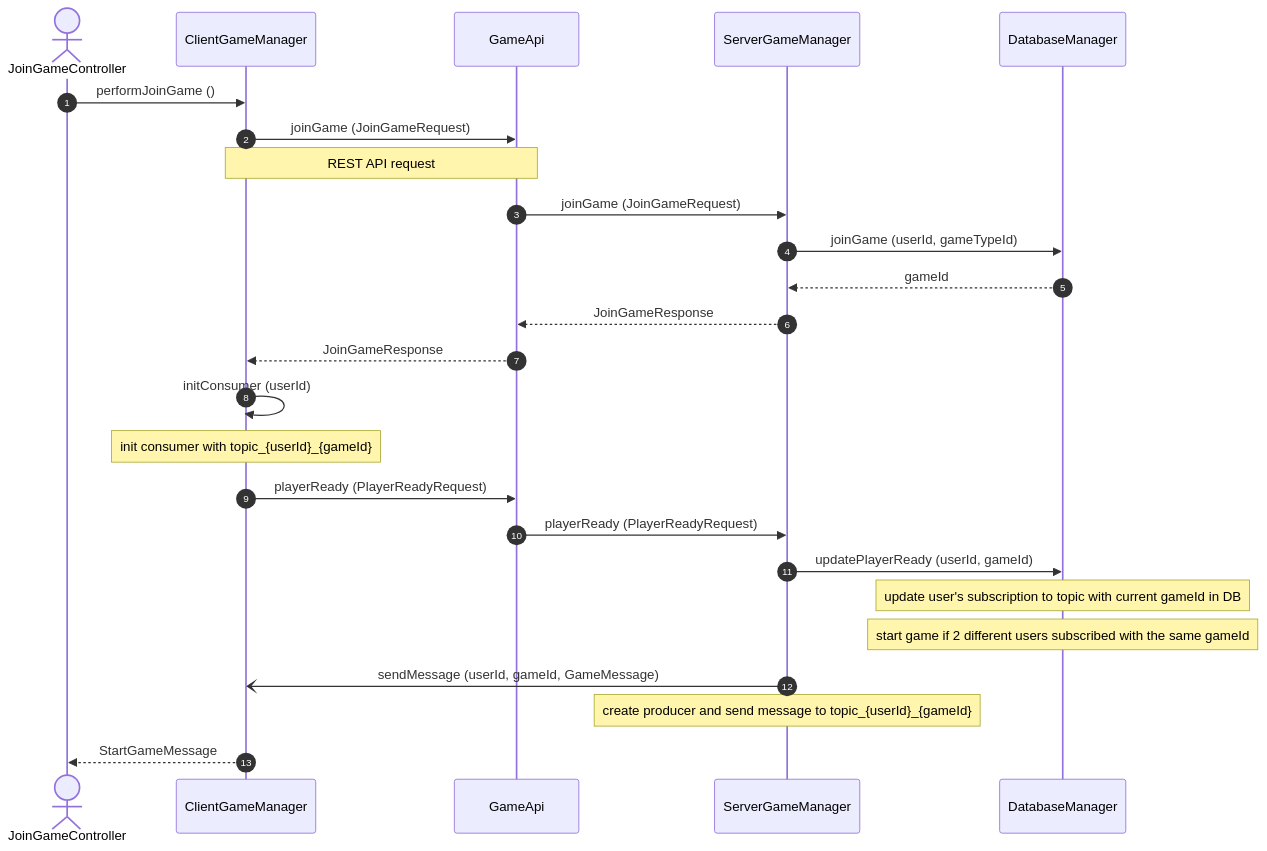
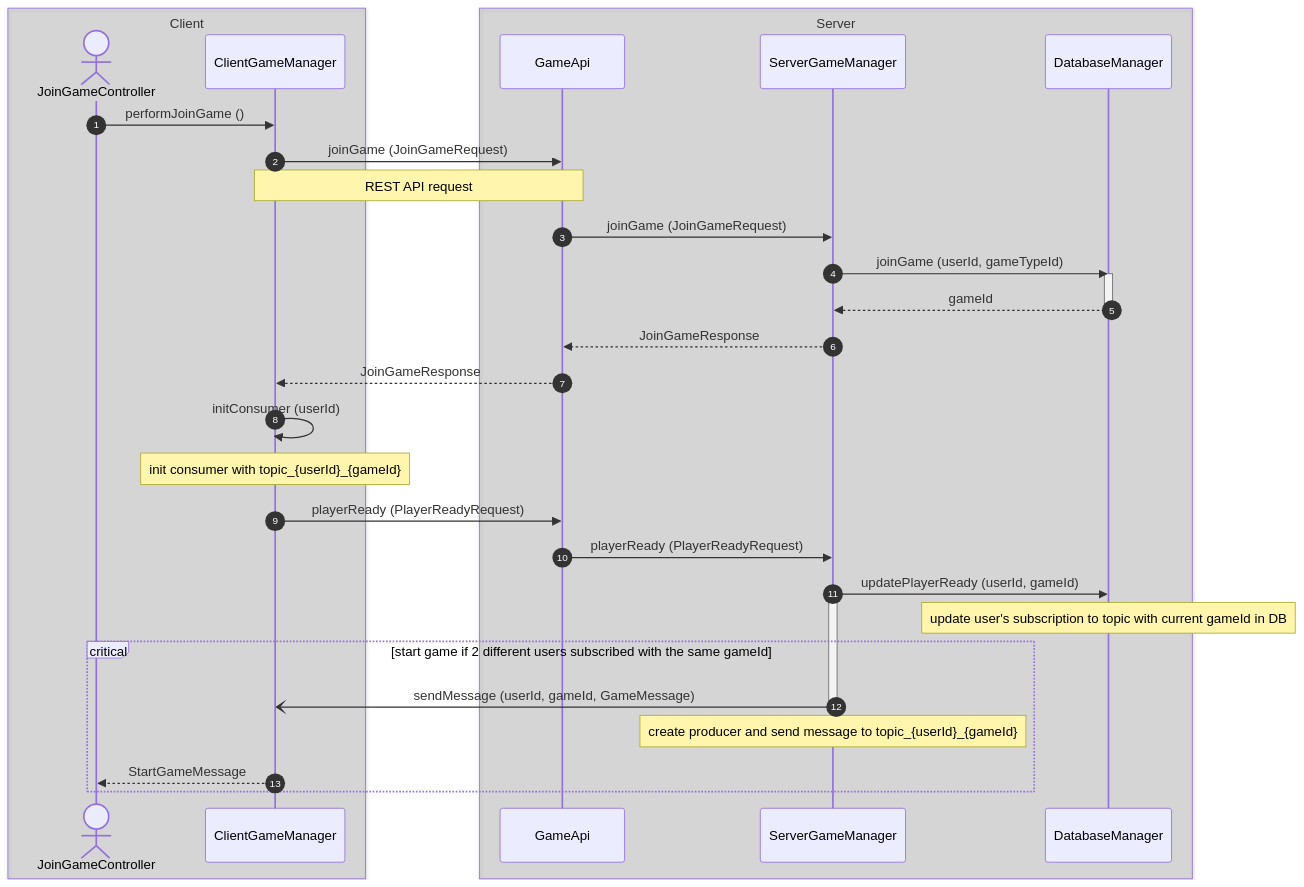
One commit to alice-ruv/board-games changed the diagram in README.md. Above: the diagram before and after it, drawn with Mermaid. The commit also changed other lines of this file, not shown here.

````diff
--- a/README.md
+++ b/README.md
@@ -151,23 +151,37 @@
 ```mermaid 
 sequenceDiagram
 autonumber
 actor JoinGameController
 JoinGameController ->> ClientGameManager: performJoinGame ()
 ClientGameManager ->> GameApi: joinGame (JoinGameRequest)
 note over ClientGameManager, GameApi: REST API request
 GameApi ->> ServerGameManager: joinGame (JoinGameRequest)
 ServerGameManager ->> DatabaseManager: joinGame (userId, gameTypeId)
+activate DatabaseManager
 DatabaseManager -->> ServerGameManager: gameId
+deactivate DatabaseManager
 ServerGameManager -->> GameApi: JoinGameResponse
 GameApi -->> ClientGameManager: JoinGameResponse
 ClientGameManager ->> ClientGameManager: initConsumer (userId) 
 note over ClientGameManager: init consumer with topic_{userId}_{gameId}
 ClientGameManager ->> GameApi: playerReady (PlayerReadyRequest)
 GameApi ->> ServerGameManager: playerReady (PlayerReadyRequest)
 ServerGameManager ->> DatabaseManager: updatePlayerReady (userId, gameId)
+activate ServerGameManager
 note over DatabaseManager: update user's subscription to topic with current gameId in DB
-note over DatabaseManager: start game if 2 different users subscribed with the same gameId
+critical start game if 2 different users subscribed with the same gameId
 ServerGameManager -) ClientGameManager: sendMessage (userId, gameId, GameMessage)
+deactivate ServerGameManager
 note over ServerGameManager: create producer and send message to topic_{userId}_{gameId} 
 ClientGameManager -->> JoinGameController: StartGameMessage
+end
+box rgba(100, 100, 100, .2) Client
+participant JoinGameController
+participant ClientGameManager
+end
+box rgba(100, 100, 100, .2) Server
+participant GameApi
+participant ServerGameManager
+participant DatabaseManager
+end
 ```
````
